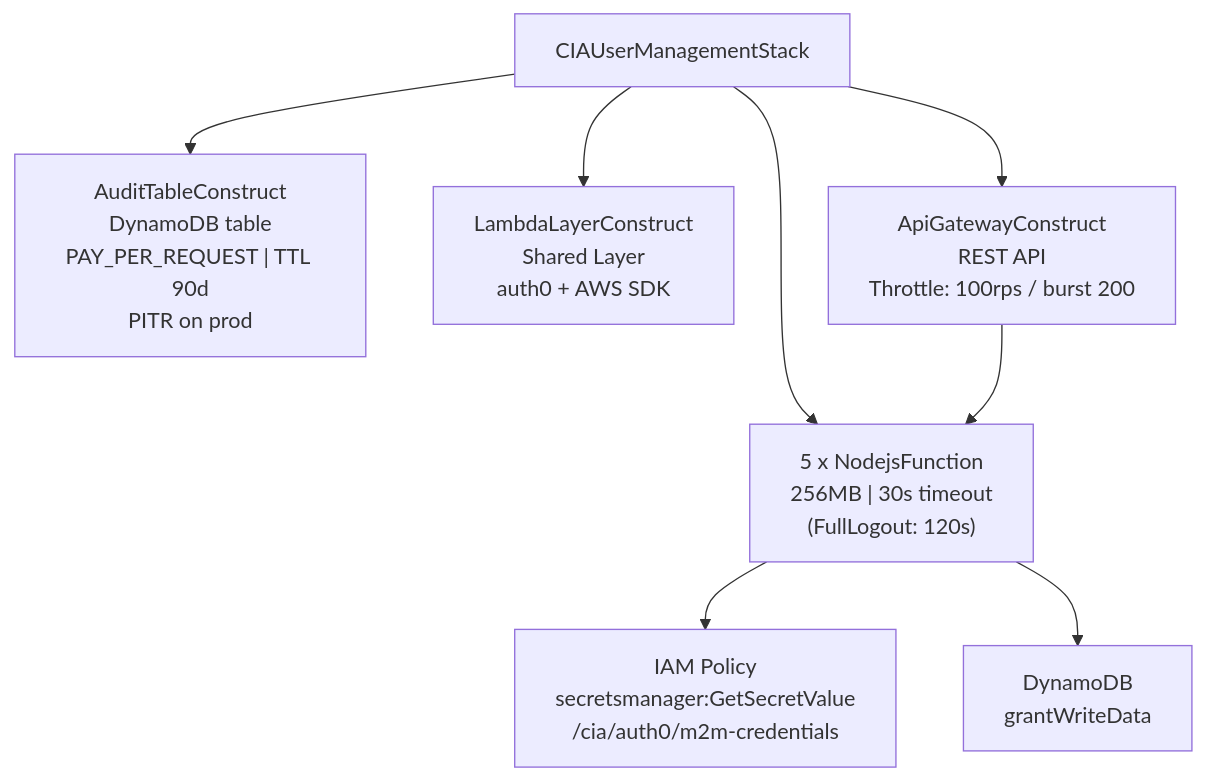
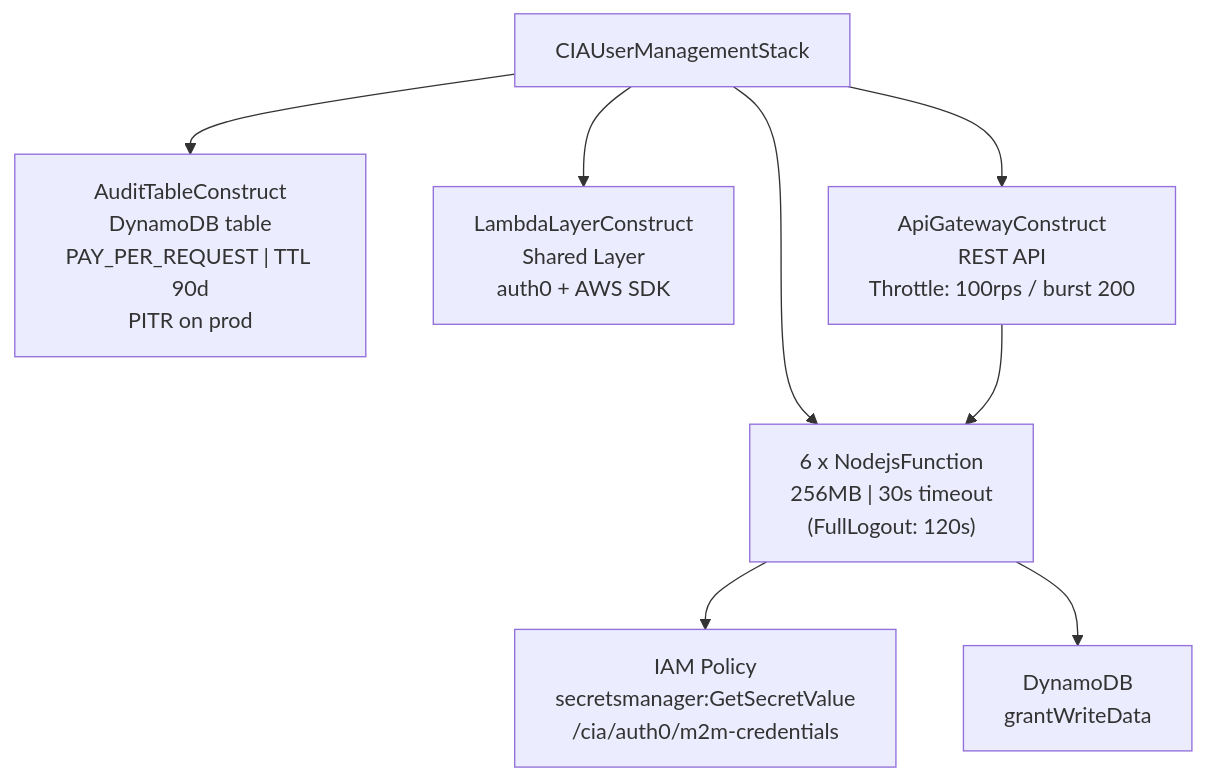
The third of 3 diagrams in README.md (saimanda/cia-user-management), drawn with Mermaid before and after one commit. The commit also changed other lines of this file, not shown here.

Commit message:
Update README with revised API routes, conditional logout pipeline, and new handlers

````diff
--- a/README.md
+++ b/README.md
@@ -158,14 +179,14 @@
 ```mermaid
 graph TD
     STACK["CIAUserManagementStack"]
 
     STACK --> ATC["AuditTableConstruct\nDynamoDB table\nPAY_PER_REQUEST | TTL 90d\nPITR on prod"]
     STACK --> LLC["LambdaLayerConstruct\nShared Layer\nauth0 + AWS SDK"]
     STACK --> AGC["ApiGatewayConstruct\nREST API\nThrottle: 100rps / burst 200"]
-    STACK --> FNS["5 x NodejsFunction\n256MB | 30s timeout\n(FullLogout: 120s)"]
+    STACK --> FNS["6 x NodejsFunction\n256MB | 30s timeout\n(FullLogout: 120s)"]
 
     FNS --> IAM["IAM Policy\nsecretsmanager:GetSecretValue\n/cia/auth0/m2m-credentials"]
     FNS --> DDB_GRANT["DynamoDB\ngrantWriteData"]
 
     AGC --> FNS
 ```
````
